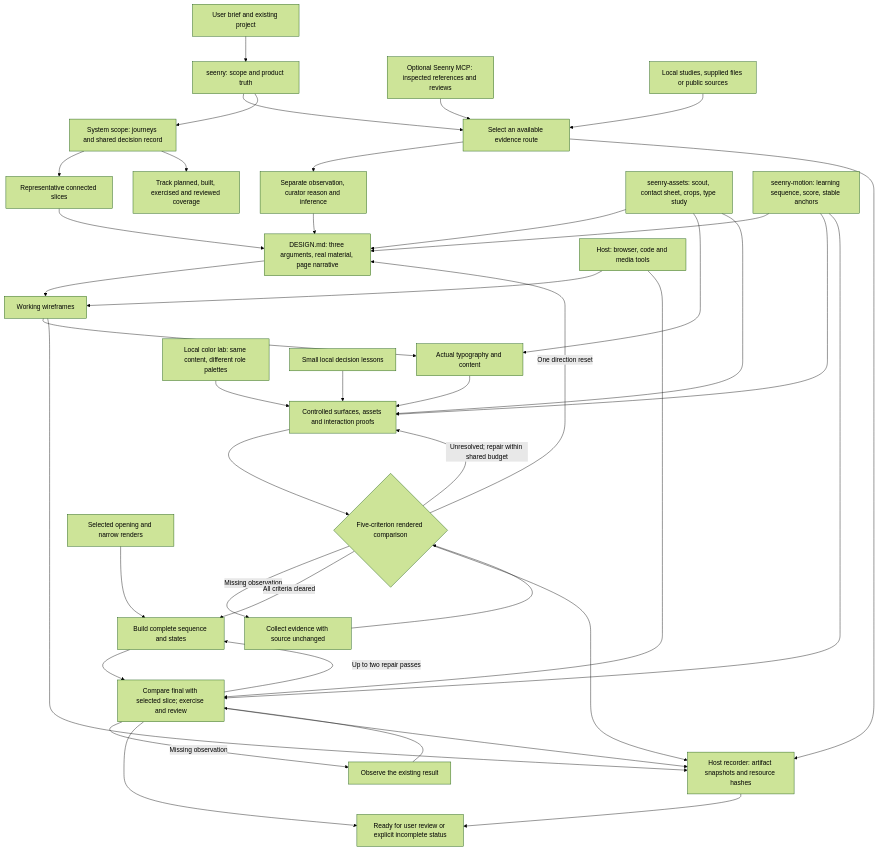
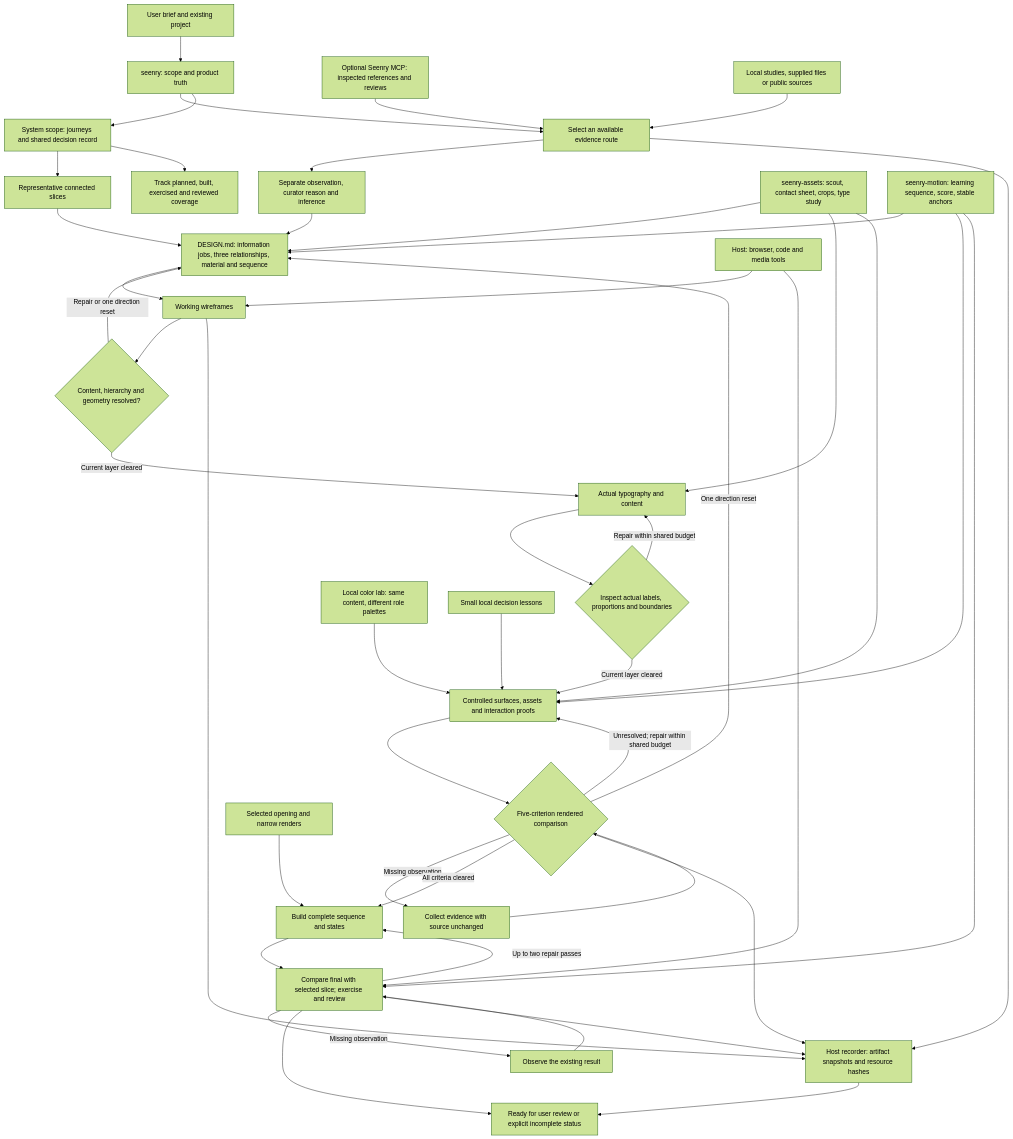
One commit to ayangabryl/seenry-skills changed the diagram in ARCHITECTURE.md. Above: the diagram before and after it, drawn with Mermaid (forest theme). The commit also changed other lines of this file and 23 other files, not shown here.

````diff
--- a/ARCHITECTURE.md
+++ b/ARCHITECTURE.md
@@ -5,43 +5,47 @@
 ```mermaid
 flowchart TD
   U[User brief and existing project] --> S[seenry: scope and product truth]
   S --> R[Select an available evidence route]
   S --> SYS[System scope: journeys and shared decision record]
   SYS --> SL[Representative connected slices]
   SL --> P
   SYS --> COVER[Track planned, built, exercised and reviewed coverage]
   M[Optional Seenry MCP: inspected references and reviews] --> R
   L[Local studies, supplied files or public sources] --> R
   R --> E[Separate observation, curator reason and inference]
-  E --> P[DESIGN.md: three arguments, real material, page narrative]
+  E --> P[DESIGN.md: information jobs, three relationships, material and sequence]
   P --> W[Working wireframes]
-  W --> T[Actual typography and content]
-  T --> V[Controlled surfaces, assets and interaction proofs]
+  W --> WG{Content, hierarchy and geometry resolved?}
+  WG -->|Repair or one direction reset| P
+  WG -->|Current layer cleared| T[Actual typography and content]
+  T --> TG{Inspect actual labels, proportions and boundaries}
+  TG -->|Repair within shared budget| T
+  TG -->|Current layer cleared| V[Controlled surfaces, assets and interaction proofs]
   CL[Local color lab: same content, different role palettes] --> V
   VL[Small local decision lessons] --> V
   V --> C{Five-criterion rendered comparison}
   C -->|Missing observation| OBS[Collect evidence with source unchanged]
   OBS --> C
   C -->|One direction reset| P
   C -->|Unresolved; repair within shared budget| V
   C -->|All criteria cleared| B[Build complete sequence and states]
   KEEP[Selected opening and narrow renders] --> B
   B --> Q[Compare final with selected slice; exercise and review]
   Q -->|Missing observation| OBS2[Observe the existing result]
   OBS2 --> Q
   Q -->|Up to two repair passes| B
   Q --> F[Ready for user review or explicit incomplete status]
   A[seenry-assets: scout, contact sheet, crops, type study] --> P
   A --> T
   A --> V
   O[seenry-motion: learning sequence, score, stable anchors] --> P
   O --> V
   O --> Q
   H[Host: browser, code and media tools] --> W
   H --> Q
   R --> REC[Host recorder: artifact snapshots and resource hashes]
   W --> REC
   C --> REC
   Q --> REC
   REC --> F
 ```
````
